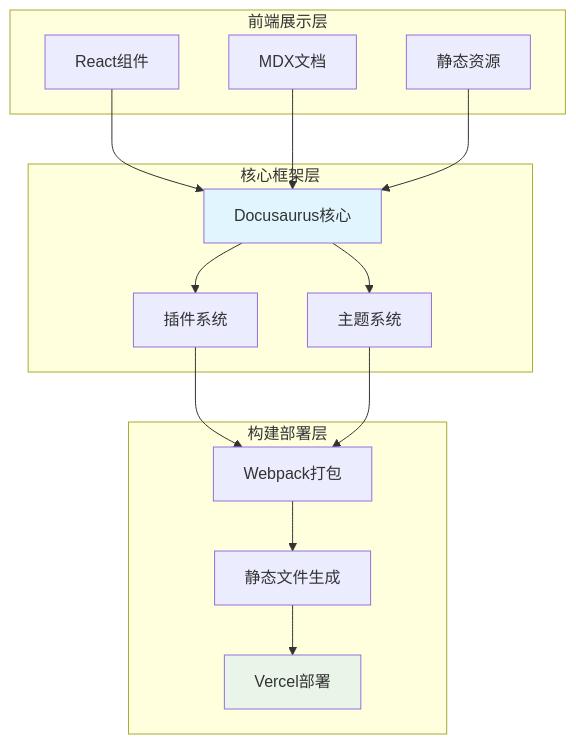
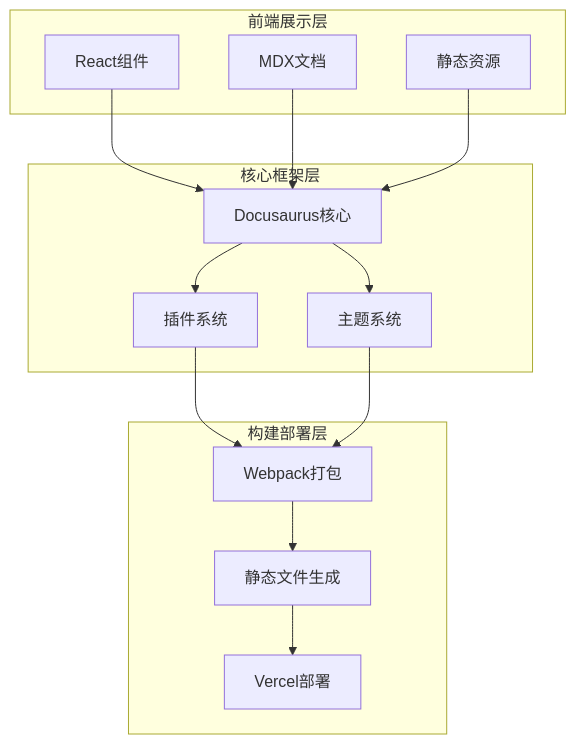
Before and after one commit to ChanMeng666/ai-programming-teaching-project: the second of 10 diagrams in versioned_docs/version-2024-winter/tutorials/docusaurus-tutorial.mdx, drawn with Mermaid. The commit also changed other lines of this file and 94 other files, not shown here.

First line of the commit message:
refactor(docs): unify MDX style and add Mermaid dual-view component

````diff
--- a/versioned_docs/version-2024-winter/tutorials/docusaurus-tutorial.mdx
+++ b/versioned_docs/version-2024-winter/tutorials/docusaurus-tutorial.mdx
@@ -52,33 +49,30 @@
 ```mermaid
 graph TB
     subgraph "前端展示层"
         A[React组件]
         B[MDX文档]
         C[静态资源]
     end
     
     subgraph "核心框架层"
         D[Docusaurus核心]
         E[插件系统]
         F[主题系统]
     end
     
     subgraph "构建部署层"
         G[Webpack打包]
         H[静态文件生成]
         I[Vercel部署]
     end
     
     A --> D
     B --> D
     C --> D
     D --> E
     D --> F
     E --> G
     F --> G
     G --> H
     H --> I
-    
-    style D fill:#e1f5fe
-    style I fill:#e8f5e8
 ```
````
